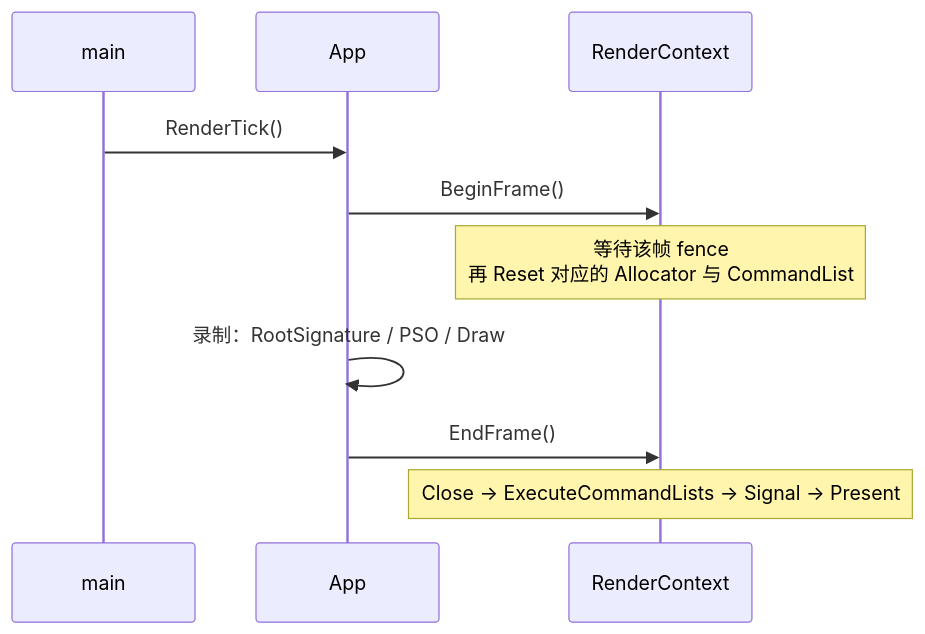
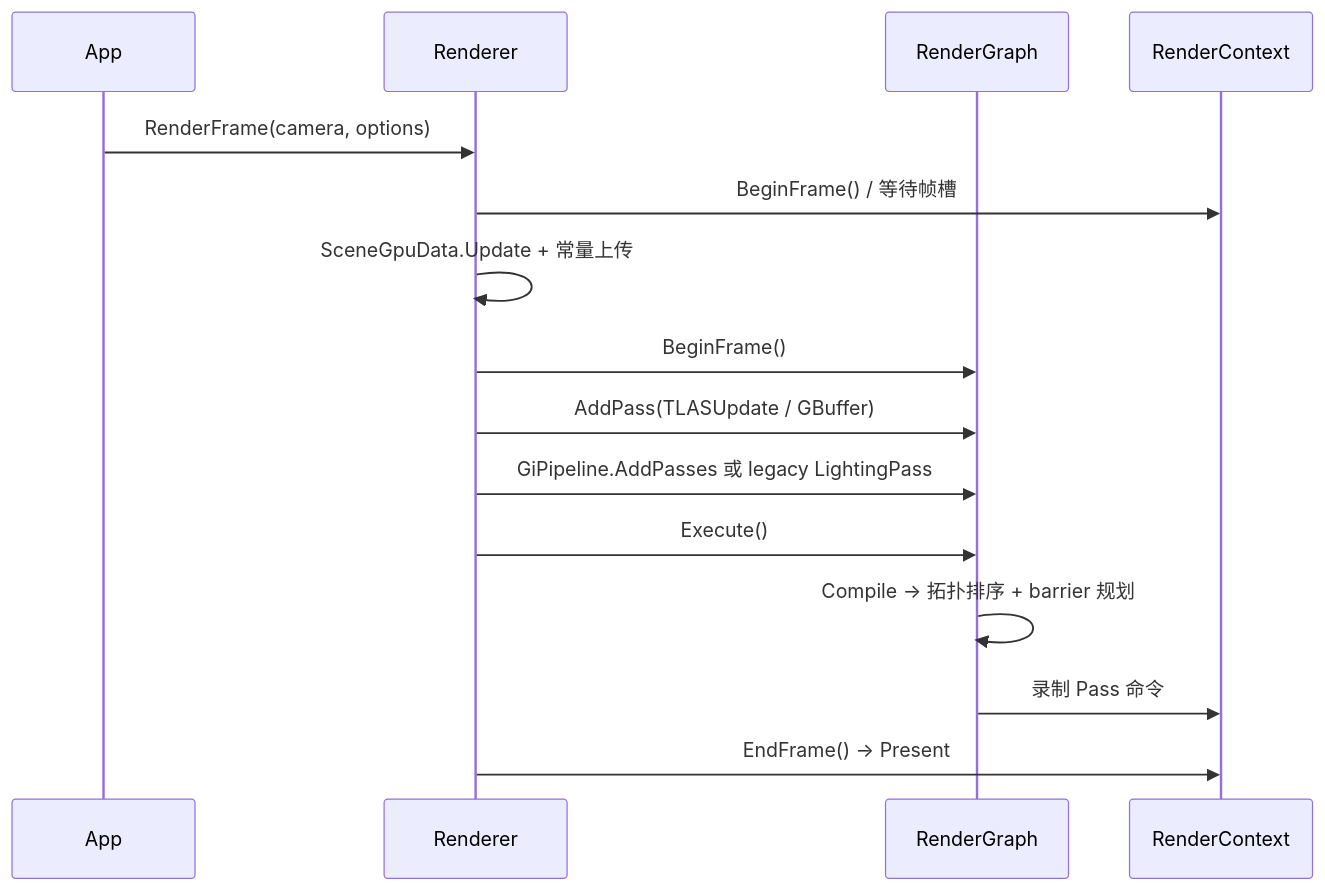
The second of 2 diagrams in README.md (2302604756/Model_Renderer), drawn with Mermaid before and after one commit. The commit also changed other lines of this file, not shown here.

Commit message:
docs: 更新 README 到 Renderer/GiPipeline/RenderGraph 当前架构

````diff
--- a/README.md
+++ b/README.md
@@ -107,12 +139,18 @@
 ```mermaid
 sequenceDiagram
-    participant M as main
     participant A as App
-    participant RC as RenderContext
-    M->>A: RenderTick()
-    A->>RC: BeginFrame()
-    Note over RC: 等待该帧 fence<br/>再 Reset 对应的 Allocator 与 CommandList
-    A->>A: 录制：RootSignature / PSO / Draw
-    A->>RC: EndFrame()
-    Note over RC: Close → ExecuteCommandLists → Signal → Present
+    participant R as Renderer
+    participant G as RenderGraph
+    participant C as RenderContext
+
+    A->>R: RenderFrame(camera, options)
+    R->>C: BeginFrame() / 等待帧槽
+    R->>R: SceneGpuData.Update + 常量上传
+    R->>G: BeginFrame()
+    R->>G: AddPass(TLASUpdate / GBuffer)
+    R->>G: GiPipeline.AddPasses 或 legacy LightingPass
+    R->>G: Execute()
+    G->>G: Compile → 拓扑排序 + barrier 规划
+    G->>C: 录制 Pass 命令
+    R->>C: EndFrame() → Present
 ```
````
